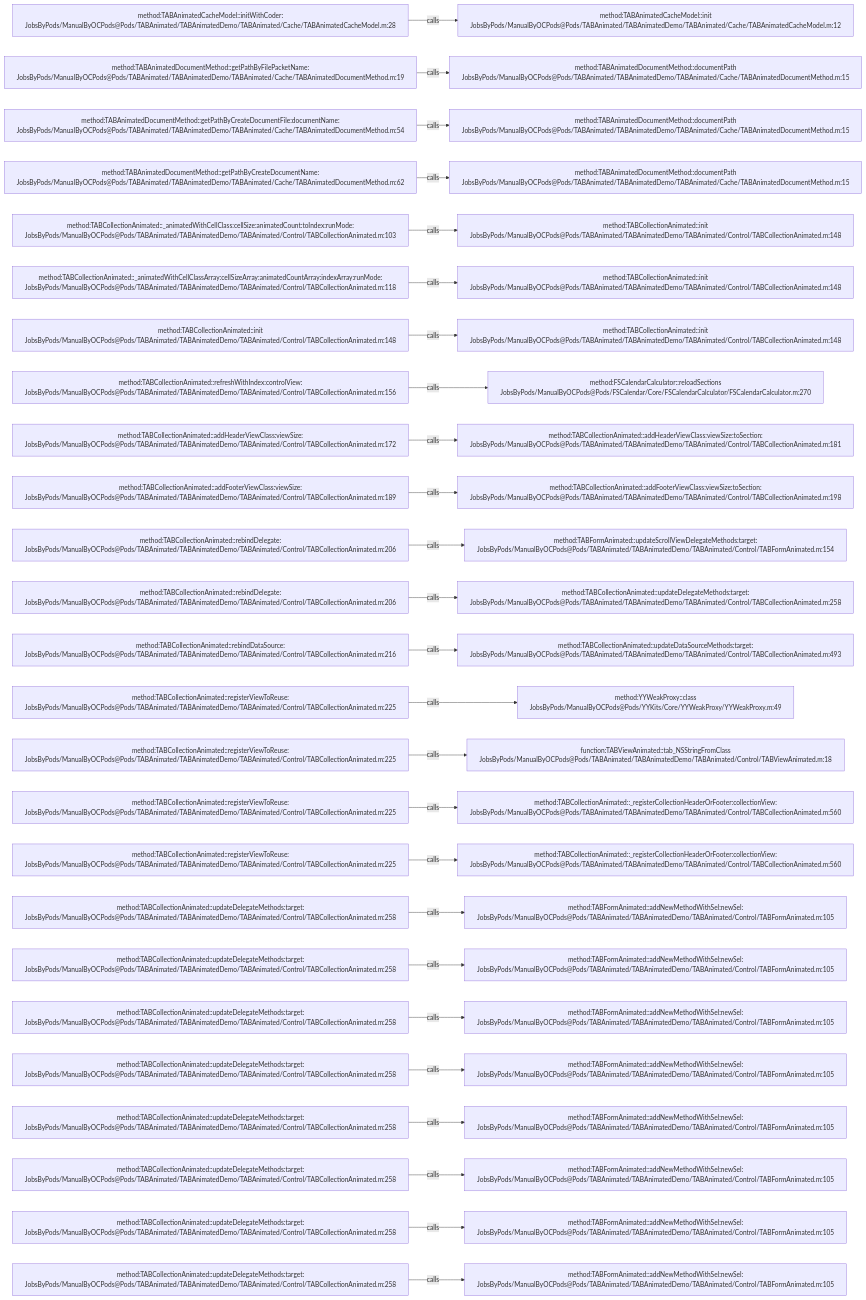
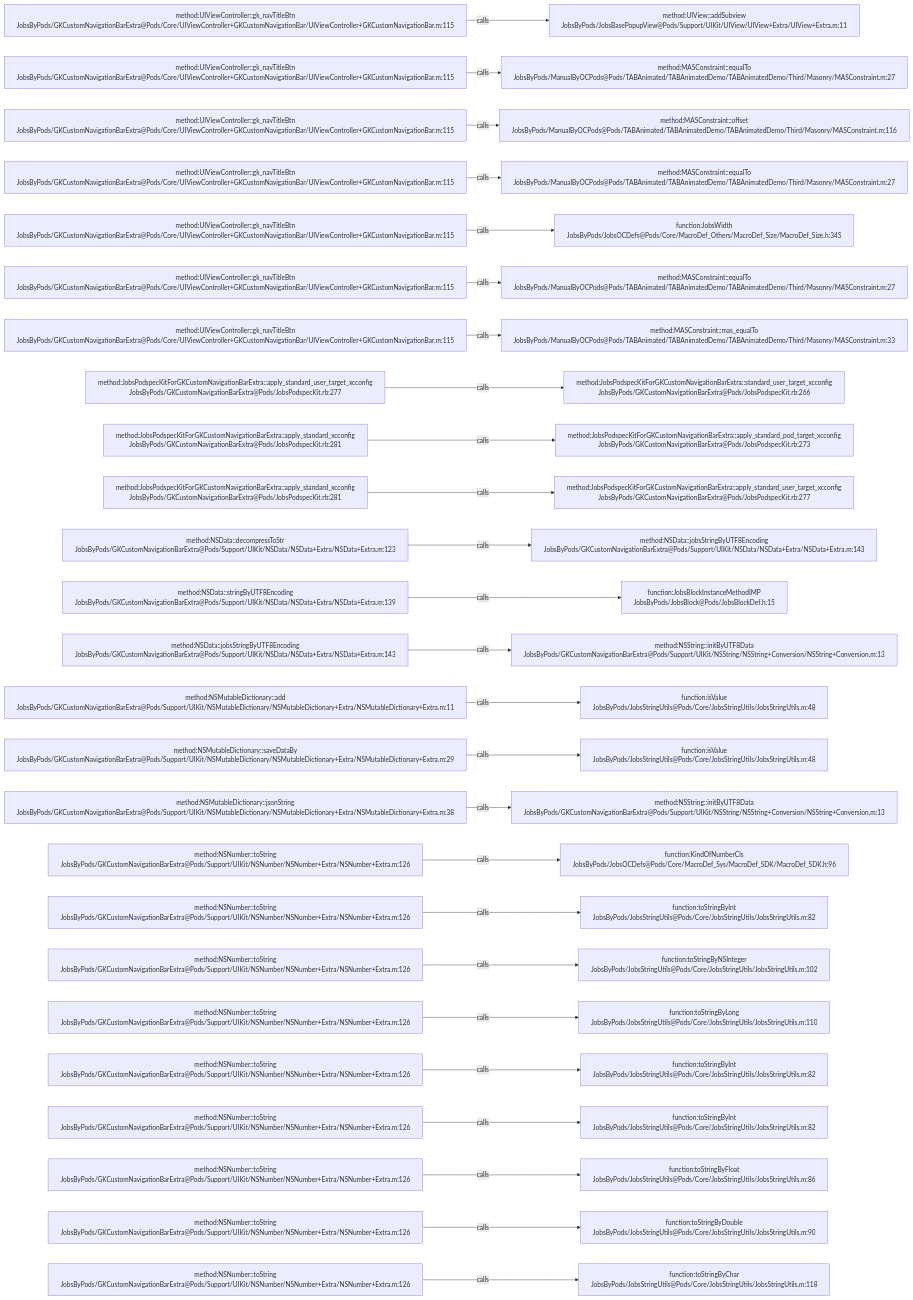
The diagram in .codegraph/codegraph.md/graphs/calls-011.md (JobsKits/JobsOCBaseConfigDemo), drawn with Mermaid before and after one commit. The commit also changed 768 other files, not shown here.

````diff
--- a/.codegraph/codegraph.md/graphs/calls-011.md
+++ b/.codegraph/codegraph.md/graphs/calls-011.md
@@ -13,78 +13,78 @@
 ```mermaid
 flowchart LR
-  S1["method:TABAnimatedCacheModel::initWithCoder:<br/>JobsByPods/ManualByOCPods@Pods/TABAnimated/TABAnimatedDemo/TABAnimated/Cache/TABAnimatedCacheModel.m:28"]
-  T1["method:TABAnimatedCacheModel::init<br/>JobsByPods/ManualByOCPods@Pods/TABAnimated/TABAnimatedDemo/TABAnimated/Cache/TABAnimatedCacheModel.m:12"]
+  S1["method:UIViewController::gk_navTitleBtn<br/>JobsByPods/GKCustomNavigationBarExtra@Pods/Core/UIViewController+GKCustomNavigationBar/UIViewController+GKCustomNavigationBar.m:115"]
+  T1["method:UIView::addSubview<br/>JobsByPods/JobsBasePopupView@Pods/Support/UIKit/UIView/UIView+Extra/UIView+Extra.m:11"]
   S1 -->|calls| T1
-  S2["method:TABAnimatedDocumentMethod::getPathByFilePacketName:<br/>JobsByPods/ManualByOCPods@Pods/TABAnimated/TABAnimatedDemo/TABAnimated/Cache/TABAnimatedDocumentMethod.m:19"]
-  T2["method:TABAnimatedDocumentMethod::documentPath<br/>JobsByPods/ManualByOCPods@Pods/TABAnimated/TABAnimatedDemo/TABAnimated/Cache/TABAnimatedDocumentMethod.m:15"]
+  S2["method:UIViewController::gk_navTitleBtn<br/>JobsByPods/GKCustomNavigationBarExtra@Pods/Core/UIViewController+GKCustomNavigationBar/UIViewController+GKCustomNavigationBar.m:115"]
+  T2["method:MASConstraint::equalTo<br/>JobsByPods/ManualByOCPods@Pods/TABAnimated/TABAnimatedDemo/TABAnimatedDemo/Third/Masonry/MASConstraint.m:27"]
   S2 -->|calls| T2
-  S3["method:TABAnimatedDocumentMethod::getPathByCreateDocumentFile:documentName:<br/>JobsByPods/ManualByOCPods@Pods/TABAnimated/TABAnimatedDemo/TABAnimated/Cache/TABAnimatedDocumentMethod.m:54"]
-  T3["method:TABAnimatedDocumentMethod::documentPath<br/>JobsByPods/ManualByOCPods@Pods/TABAnimated/TABAnimatedDemo/TABAnimated/Cache/TABAnimatedDocumentMethod.m:15"]
+  S3["method:UIViewController::gk_navTitleBtn<br/>JobsByPods/GKCustomNavigationBarExtra@Pods/Core/UIViewController+GKCustomNavigationBar/UIViewController+GKCustomNavigationBar.m:115"]
+  T3["method:MASConstraint::offset<br/>JobsByPods/ManualByOCPods@Pods/TABAnimated/TABAnimatedDemo/TABAnimatedDemo/Third/Masonry/MASConstraint.m:116"]
   S3 -->|calls| T3
-  S4["method:TABAnimatedDocumentMethod::getPathByCreateDocumentName:<br/>JobsByPods/ManualByOCPods@Pods/TABAnimated/TABAnimatedDemo/TABAnimated/Cache/TABAnimatedDocumentMethod.m:62"]
-  T4["method:TABAnimatedDocumentMethod::documentPath<br/>JobsByPods/ManualByOCPods@Pods/TABAnimated/TABAnimatedDemo/TABAnimated/Cache/TABAnimatedDocumentMethod.m:15"]
+  S4["method:UIViewController::gk_navTitleBtn<br/>JobsByPods/GKCustomNavigationBarExtra@Pods/Core/UIViewController+GKCustomNavigationBar/UIViewController+GKCustomNavigationBar.m:115"]
+  T4["method:MASConstraint::equalTo<br/>JobsByPods/ManualByOCPods@Pods/TABAnimated/TABAnimatedDemo/TABAnimatedDemo/Third/Masonry/MASConstraint.m:27"]
   S4 -->|calls| T4
-  S5["method:TABCollectionAnimated::_animatedWithCellClass:cellSize:animatedCount:toIndex:runMode:<br/>JobsByPods/ManualByOCPods@Pods/TABAnimated/TABAnimatedDemo/TABAnimated/Control/TABCollectionAnimated.m:103"]
-  T5["method:TABCollectionAnimated::init<br/>JobsByPods/ManualByOCPods@Pods/TABAnimated/TABAnimatedDemo/TABAnimated/Control/TABCollectionAnimated.m:148"]
+  S5["method:UIViewController::gk_navTitleBtn<br/>JobsByPods/GKCustomNavigationBarExtra@Pods/Core/UIViewController+GKCustomNavigationBar/UIViewController+GKCustomNavigationBar.m:115"]
+  T5["function:JobsWidth<br/>JobsByPods/JobsOCDefs@Pods/Core/MacroDef_Others/MacroDef_Size/MacroDef_Size.h:345"]
   S5 -->|calls| T5
-  S6["method:TABCollectionAnimated::_animatedWithCellClassArray:cellSizeArray:animatedCountArray:indexArray:runMode:<br/>JobsByPods/ManualByOCPods@Pods/TABAnimated/TABAnimatedDemo/TABAnimated/Control/TABCollectionAnimated.m:118"]
-  T6["method:TABCollectionAnimated::init<br/>JobsByPods/ManualByOCPods@Pods/TABAnimated/TABAnimatedDemo/TABAnimated/Control/TABCollectionAnimated.m:148"]
+  S6["method:UIViewController::gk_navTitleBtn<br/>JobsByPods/GKCustomNavigationBarExtra@Pods/Core/UIViewController+GKCustomNavigationBar/UIViewController+GKCustomNavigationBar.m:115"]
+  T6["method:MASConstraint::equalTo<br/>JobsByPods/ManualByOCPods@Pods/TABAnimated/TABAnimatedDemo/TABAnimatedDemo/Third/Masonry/MASConstraint.m:27"]
   S6 -->|calls| T6
-  S7["method:TABCollectionAnimated::init<br/>JobsByPods/ManualByOCPods@Pods/TABAnimated/TABAnimatedDemo/TABAnimated/Control/TABCollectionAnimated.m:148"]
-  T7["method:TABCollectionAnimated::init<br/>JobsByPods/ManualByOCPods@Pods/TABAnimated/TABAnimatedDemo/TABAnimated/Control/TABCollectionAnimated.m:148"]
+  S7["method:UIViewController::gk_navTitleBtn<br/>JobsByPods/GKCustomNavigationBarExtra@Pods/Core/UIViewController+GKCustomNavigationBar/UIViewController+GKCustomNavigationBar.m:115"]
+  T7["method:MASConstraint::mas_equalTo<br/>JobsByPods/ManualByOCPods@Pods/TABAnimated/TABAnimatedDemo/TABAnimatedDemo/Third/Masonry/MASConstraint.m:33"]
   S7 -->|calls| T7
-  S8["method:TABCollectionAnimated::refreshWithIndex:controlView:<br/>JobsByPods/ManualByOCPods@Pods/TABAnimated/TABAnimatedDemo/TABAnimated/Control/TABCollectionAnimated.m:156"]
-  T8["method:FSCalendarCalculator::reloadSections<br/>JobsByPods/ManualByOCPods@Pods/FSCalendar/Core/FSCalendarCalculator/FSCalendarCalculator.m:270"]
+  S8["method:JobsPodspecKitForGKCustomNavigationBarExtra::apply_standard_user_target_xcconfig<br/>JobsByPods/GKCustomNavigationBarExtra@Pods/JobsPodspecKit.rb:277"]
+  T8["method:JobsPodspecKitForGKCustomNavigationBarExtra::standard_user_target_xcconfig<br/>JobsByPods/GKCustomNavigationBarExtra@Pods/JobsPodspecKit.rb:266"]
   S8 -->|calls| T8
-  S9["method:TABCollectionAnimated::addHeaderViewClass:viewSize:<br/>JobsByPods/ManualByOCPods@Pods/TABAnimated/TABAnimatedDemo/TABAnimated/Control/TABCollectionAnimated.m:172"]
-  T9["method:TABCollectionAnimated::addHeaderViewClass:viewSize:toSection:<br/>JobsByPods/ManualByOCPods@Pods/TABAnimated/TABAnimatedDemo/TABAnimated/Control/TABCollectionAnimated.m:181"]
+  S9["method:JobsPodspecKitForGKCustomNavigationBarExtra::apply_standard_xcconfig<br/>JobsByPods/GKCustomNavigationBarExtra@Pods/JobsPodspecKit.rb:281"]
+  T9["method:JobsPodspecKitForGKCustomNavigationBarExtra::apply_standard_pod_target_xcconfig<br/>JobsByPods/GKCustomNavigationBarExtra@Pods/JobsPodspecKit.rb:273"]
   S9 -->|calls| T9
-  S10["method:TABCollectionAnimated::addFooterViewClass:viewSize:<br/>JobsByPods/ManualByOCPods@Pods/TABAnimated/TABAnimatedDemo/TABAnimated/Control/TABCollectionAnimated.m:189"]
-  T10["method:TABCollectionAnimated::addFooterViewClass:viewSize:toSection:<br/>JobsByPods/ManualByOCPods@Pods/TABAnimated/TABAnimatedDemo/TABAnimated/Control/TABCollectionAnimated.m:198"]
+  S10["method:JobsPodspecKitForGKCustomNavigationBarExtra::apply_standard_xcconfig<br/>JobsByPods/GKCustomNavigationBarExtra@Pods/JobsPodspecKit.rb:281"]
+  T10["method:JobsPodspecKitForGKCustomNavigationBarExtra::apply_standard_user_target_xcconfig<br/>JobsByPods/GKCustomNavigationBarExtra@Pods/JobsPodspecKit.rb:277"]
   S10 -->|calls| T10
-  S11["method:TABCollectionAnimated::rebindDelegate:<br/>JobsByPods/ManualByOCPods@Pods/TABAnimated/TABAnimatedDemo/TABAnimated/Control/TABCollectionAnimated.m:206"]
-  T11["method:TABFormAnimated::updateScrollViewDelegateMethods:target:<br/>JobsByPods/ManualByOCPods@Pods/TABAnimated/TABAnimatedDemo/TABAnimated/Control/TABFormAnimated.m:154"]
+  S11["method:NSData::decompressToStr<br/>JobsByPods/GKCustomNavigationBarExtra@Pods/Support/UIKit/NSData/NSData+Extra/NSData+Extra.m:123"]
+  T11["method:NSData::jobsStringByUTF8Encoding<br/>JobsByPods/GKCustomNavigationBarExtra@Pods/Support/UIKit/NSData/NSData+Extra/NSData+Extra.m:143"]
   S11 -->|calls| T11
-  S12["method:TABCollectionAnimated::rebindDelegate:<br/>JobsByPods/ManualByOCPods@Pods/TABAnimated/TABAnimatedDemo/TABAnimated/Control/TABCollectionAnimated.m:206"]
-  T12["method:TABCollectionAnimated::updateDelegateMethods:target:<br/>JobsByPods/ManualByOCPods@Pods/TABAnimated/TABAnimatedDemo/TABAnimated/Control/TABCollectionAnimated.m:258"]
+  S12["method:NSData::stringByUTF8Encoding<br/>JobsByPods/GKCustomNavigationBarExtra@Pods/Support/UIKit/NSData/NSData+Extra/NSData+Extra.m:139"]
+  T12["function:JobsBlockInstanceMethodIMP<br/>JobsByPods/JobsBlock@Pods/JobsBlockDef.h:15"]
   S12 -->|calls| T12
-  S13["method:TABCollectionAnimated::rebindDataSource:<br/>JobsByPods/ManualByOCPods@Pods/TABAnimated/TABAnimatedDemo/TABAnimated/Control/TABCollectionAnimated.m:216"]
-  T13["method:TABCollectionAnimated::updateDataSourceMethods:target:<br/>JobsByPods/ManualByOCPods@Pods/TABAnimated/TABAnimatedDemo/TABAnimated/Control/TABCollectionAnimated.m:493"]
+  S13["method:NSData::jobsStringByUTF8Encoding<br/>JobsByPods/GKCustomNavigationBarExtra@Pods/Support/UIKit/NSData/NSData+Extra/NSData+Extra.m:143"]
+  T13["method:NSString::initByUTF8Data<br/>JobsByPods/GKCustomNavigationBarExtra@Pods/Support/UIKit/NSString/NSString+Conversion/NSString+Conversion.m:13"]
   S13 -->|calls| T13
-  S14["method:TABCollectionAnimated::registerViewToReuse:<br/>JobsByPods/ManualByOCPods@Pods/TABAnimated/TABAnimatedDemo/TABAnimated/Control/TABCollectionAnimated.m:225"]
-  T14["method:YYWeakProxy::class<br/>JobsByPods/ManualByOCPods@Pods/YYKits/Core/YYWeakProxy/YYWeakProxy.m:49"]
+  S14["method:NSMutableDictionary::add<br/>JobsByPods/GKCustomNavigationBarExtra@Pods/Support/UIKit/NSMutableDictionary/NSMutableDictionary+Extra/NSMutableDictionary+Extra.m:11"]
+  T14["function:isValue<br/>JobsByPods/JobsStringUtils@Pods/Core/JobsStringUtils/JobsStringUtils.m:48"]
   S14 -->|calls| T14
-  S15["method:TABCollectionAnimated::registerViewToReuse:<br/>JobsByPods/ManualByOCPods@Pods/TABAnimated/TABAnimatedDemo/TABAnimated/Control/TABCollectionAnimated.m:225"]
-  T15["function:TABViewAnimated::tab_NSStringFromClass<br/>JobsByPods/ManualByOCPods@Pods/TABAnimated/TABAnimatedDemo/TABAnimated/Control/TABViewAnimated.m:18"]
+  S15["method:NSMutableDictionary::saveDataBy<br/>JobsByPods/GKCustomNavigationBarExtra@Pods/Support/UIKit/NSMutableDictionary/NSMutableDictionary+Extra/NSMutableDictionary+Extra.m:29"]
+  T15["function:isValue<br/>JobsByPods/JobsStringUtils@Pods/Core/JobsStringUtils/JobsStringUtils.m:48"]
   S15 -->|calls| T15
-  S16["method:TABCollectionAnimated::registerViewToReuse:<br/>JobsByPods/ManualByOCPods@Pods/TABAnimated/TABAnimatedDemo/TABAnimated/Control/TABCollectionAnimated.m:225"]
-  T16["method:TABCollectionAnimated::_registerCollectionHeaderOrFooter:collectionView:<br/>JobsByPods/ManualByOCPods@Pods/TABAnimated/TABAnimatedDemo/TABAnimated/Control/TABCollectionAnimated.m:560"]
+  S16["method:NSMutableDictionary::jsonString<br/>JobsByPods/GKCustomNavigationBarExtra@Pods/Support/UIKit/NSMutableDictionary/NSMutableDictionary+Extra/NSMutableDictionary+Extra.m:38"]
+  T16["method:NSString::initByUTF8Data<br/>JobsByPods/GKCustomNavigationBarExtra@Pods/Support/UIKit/NSString/NSString+Conversion/NSString+Conversion.m:13"]
   S16 -->|calls| T16
-  S17["method:TABCollectionAnimated::registerViewToReuse:<br/>JobsByPods/ManualByOCPods@Pods/TABAnimated/TABAnimatedDemo/TABAnimated/Control/TABCollectionAnimated.m:225"]
-  T17["method:TABCollectionAnimated::_registerCollectionHeaderOrFooter:collectionView:<br/>JobsByPods/ManualByOCPods@Pods/TABAnimated/TABAnimatedDemo/TABAnimated/Control/TABCollectionAnimated.m:560"]
+  S17["method:NSNumber::toString<br/>JobsByPods/GKCustomNavigationBarExtra@Pods/Support/UIKit/NSNumber/NSNumber+Extra/NSNumber+Extra.m:126"]
+  T17["function:KindOfNumberCls<br/>JobsByPods/JobsOCDefs@Pods/Core/MacroDef_Sys/MacroDef_SDK/MacroDef_SDK.h:96"]
   S17 -->|calls| T17
-  S18["method:TABCollectionAnimated::updateDelegateMethods:target:<br/>JobsByPods/ManualByOCPods@Pods/TABAnimated/TABAnimatedDemo/TABAnimated/Control/TABCollectionAnimated.m:258"]
-  T18["method:TABFormAnimated::addNewMethodWithSel:newSel:<br/>JobsByPods/ManualByOCPods@Pods/TABAnimated/TABAnimatedDemo/TABAnimated/Control/TABFormAnimated.m:105"]
+  S18["method:NSNumber::toString<br/>JobsByPods/GKCustomNavigationBarExtra@Pods/Support/UIKit/NSNumber/NSNumber+Extra/NSNumber+Extra.m:126"]
+  T18["function:toStringByInt<br/>JobsByPods/JobsStringUtils@Pods/Core/JobsStringUtils/JobsStringUtils.m:82"]
   S18 -->|calls| T18
-  S19["method:TABCollectionAnimated::updateDelegateMethods:target:<br/>JobsByPods/ManualByOCPods@Pods/TABAnimated/TABAnimatedDemo/TABAnimated/Control/TABCollectionAnimated.m:258"]
-  T19["method:TABFormAnimated::addNewMethodWithSel:newSel:<br/>JobsByPods/ManualByOCPods@Pods/TABAnimated/TABAnimatedDemo/TABAnimated/Control/TABFormAnimated.m:105"]
+  S19["method:NSNumber::toString<br/>JobsByPods/GKCustomNavigationBarExtra@Pods/Support/UIKit/NSNumber/NSNumber+Extra/NSNumber+Extra.m:126"]
+  T19["function:toStringByNSInteger<br/>JobsByPods/JobsStringUtils@Pods/Core/JobsStringUtils/JobsStringUtils.m:102"]
   S19 -->|calls| T19
-  S20["method:TABCollectionAnimated::updateDelegateMethods:target:<br/>JobsByPods/ManualByOCPods@Pods/TABAnimated/TABAnimatedDemo/TABAnimated/Control/TABCollectionAnimated.m:258"]
-  T20["method:TABFormAnimated::addNewMethodWithSel:newSel:<br/>JobsByPods/ManualByOCPods@Pods/TABAnimated/TABAnimatedDemo/TABAnimated/Control/TABFormAnimated.m:105"]
+  S20["method:NSNumber::toString<br/>JobsByPods/GKCustomNavigationBarExtra@Pods/Support/UIKit/NSNumber/NSNumber+Extra/NSNumber+Extra.m:126"]
+  T20["function:toStringByLong<br/>JobsByPods/JobsStringUtils@Pods/Core/JobsStringUtils/JobsStringUtils.m:110"]
   S20 -->|calls| T20
-  S21["method:TABCollectionAnimated::updateDelegateMethods:target:<br/>JobsByPods/ManualByOCPods@Pods/TABAnimated/TABAnimatedDemo/TABAnimated/Control/TABCollectionAnimated.m:258"]
-  T21["method:TABFormAnimated::addNewMethodWithSel:newSel:<br/>JobsByPods/ManualByOCPods@Pods/TABAnimated/TABAnimatedDemo/TABAnimated/Control/TABFormAnimated.m:105"]
+  S21["method:NSNumber::toString<br/>JobsByPods/GKCustomNavigationBarExtra@Pods/Support/UIKit/NSNumber/NSNumber+Extra/NSNumber+Extra.m:126"]
+  T21["function:toStringByInt<br/>JobsByPods/JobsStringUtils@Pods/Core/JobsStringUtils/JobsStringUtils.m:82"]
   S21 -->|calls| T21
-  S22["method:TABCollectionAnimated::updateDelegateMethods:target:<br/>JobsByPods/ManualByOCPods@Pods/TABAnimated/TABAnimatedDemo/TABAnimated/Control/TABCollectionAnimated.m:258"]
-  T22["method:TABFormAnimated::addNewMethodWithSel:newSel:<br/>JobsByPods/ManualByOCPods@Pods/TABAnimated/TABAnimatedDemo/TABAnimated/Control/TABFormAnimated.m:105"]
+  S22["method:NSNumber::toString<br/>JobsByPods/GKCustomNavigationBarExtra@Pods/Support/UIKit/NSNumber/NSNumber+Extra/NSNumber+Extra.m:126"]
+  T22["function:toStringByInt<br/>JobsByPods/JobsStringUtils@Pods/Core/JobsStringUtils/JobsStringUtils.m:82"]
   S22 -->|calls| T22
-  S23["method:TABCollectionAnimated::updateDelegateMethods:target:<br/>JobsByPods/ManualByOCPods@Pods/TABAnimated/TABAnimatedDemo/TABAnimated/Control/TABCollectionAnimated.m:258"]
-  T23["method:TABFormAnimated::addNewMethodWithSel:newSel:<br/>JobsByPods/ManualByOCPods@Pods/TABAnimated/TABAnimatedDemo/TABAnimated/Control/TABFormAnimated.m:105"]
+  S23["method:NSNumber::toString<br/>JobsByPods/GKCustomNavigationBarExtra@Pods/Support/UIKit/NSNumber/NSNumber+Extra/NSNumber+Extra.m:126"]
+  T23["function:toStringByFloat<br/>JobsByPods/JobsStringUtils@Pods/Core/JobsStringUtils/JobsStringUtils.m:86"]
   S23 -->|calls| T23
-  S24["method:TABCollectionAnimated::updateDelegateMethods:target:<br/>JobsByPods/ManualByOCPods@Pods/TABAnimated/TABAnimatedDemo/TABAnimated/Control/TABCollectionAnimated.m:258"]
-  T24["method:TABFormAnimated::addNewMethodWithSel:newSel:<br/>JobsByPods/ManualByOCPods@Pods/TABAnimated/TABAnimatedDemo/TABAnimated/Control/TABFormAnimated.m:105"]
+  S24["method:NSNumber::toString<br/>JobsByPods/GKCustomNavigationBarExtra@Pods/Support/UIKit/NSNumber/NSNumber+Extra/NSNumber+Extra.m:126"]
+  T24["function:toStringByDouble<br/>JobsByPods/JobsStringUtils@Pods/Core/JobsStringUtils/JobsStringUtils.m:90"]
   S24 -->|calls| T24
-  S25["method:TABCollectionAnimated::updateDelegateMethods:target:<br/>JobsByPods/ManualByOCPods@Pods/TABAnimated/TABAnimatedDemo/TABAnimated/Control/TABCollectionAnimated.m:258"]
-  T25["method:TABFormAnimated::addNewMethodWithSel:newSel:<br/>JobsByPods/ManualByOCPods@Pods/TABAnimated/TABAnimatedDemo/TABAnimated/Control/TABFormAnimated.m:105"]
+  S25["method:NSNumber::toString<br/>JobsByPods/GKCustomNavigationBarExtra@Pods/Support/UIKit/NSNumber/NSNumber+Extra/NSNumber+Extra.m:126"]
+  T25["function:toStringByChar<br/>JobsByPods/JobsStringUtils@Pods/Core/JobsStringUtils/JobsStringUtils.m:118"]
   S25 -->|calls| T25
 ```
````
